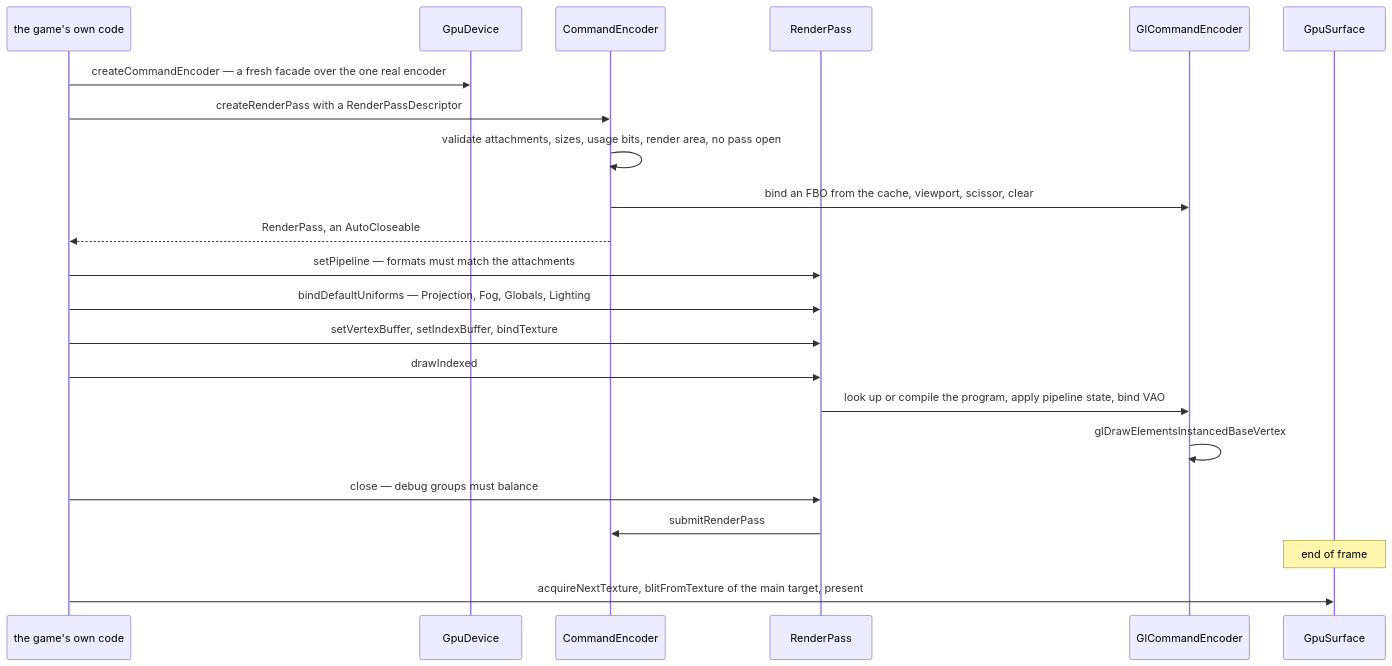
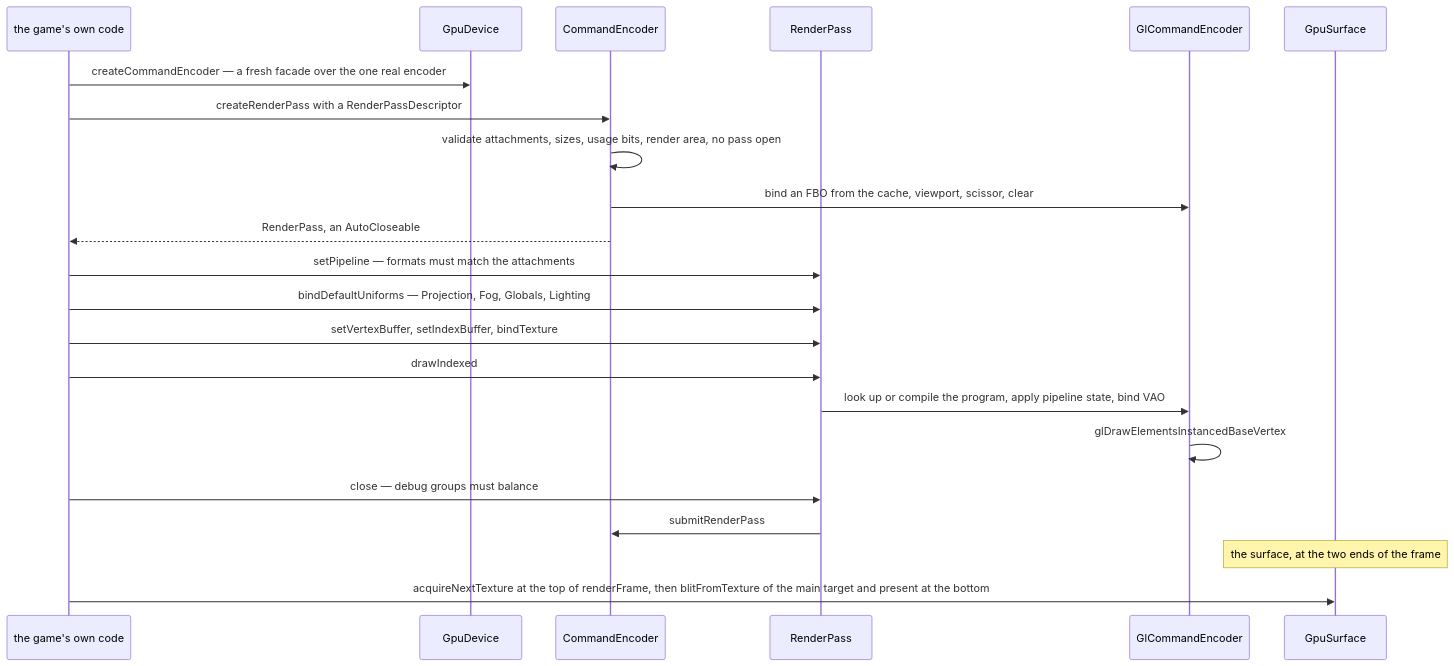
Before and after one commit to AlexanderjFraser/MinecraftDocs: the second of 2 diagrams in src/systems/rendering/blaze3d.md, drawn with Mermaid. The commit also changed other lines of this file, not shown here.

````diff
--- a/src/systems/rendering/blaze3d.md
+++ b/src/systems/rendering/blaze3d.md
@@ -227,25 +236,25 @@
 ```mermaid
 sequenceDiagram
     participant Game as the game's own code
     participant GD as GpuDevice
     participant CE as CommandEncoder
     participant RP as RenderPass
     participant GlCE as GlCommandEncoder
     participant GpuS as GpuSurface
 
     Game->>GD: createCommandEncoder — a fresh facade over the one real encoder
     Game->>CE: createRenderPass with a RenderPassDescriptor
     CE->>CE: validate attachments, sizes, usage bits, render area, no pass open
     CE->>GlCE: bind an FBO from the cache, viewport, scissor, clear
     CE-->>Game: RenderPass, an AutoCloseable
     Game->>RP: setPipeline — formats must match the attachments
     Game->>RP: bindDefaultUniforms — Projection, Fog, Globals, Lighting
     Game->>RP: setVertexBuffer, setIndexBuffer, bindTexture
     Game->>RP: drawIndexed
     RP->>GlCE: look up or compile the program, apply pipeline state, bind VAO
     GlCE->>GlCE: glDrawElementsInstancedBaseVertex
     Game->>RP: close — debug groups must balance
     RP->>CE: submitRenderPass
-    Note over GpuS: end of frame
-    Game->>GpuS: acquireNextTexture, blitFromTexture of the main target, present
+    Note over GpuS: the surface, at the two ends of the frame
+    Game->>GpuS: acquireNextTexture at the top of renderFrame, then blitFromTexture of the main target and present at the bottom
 ```
````
